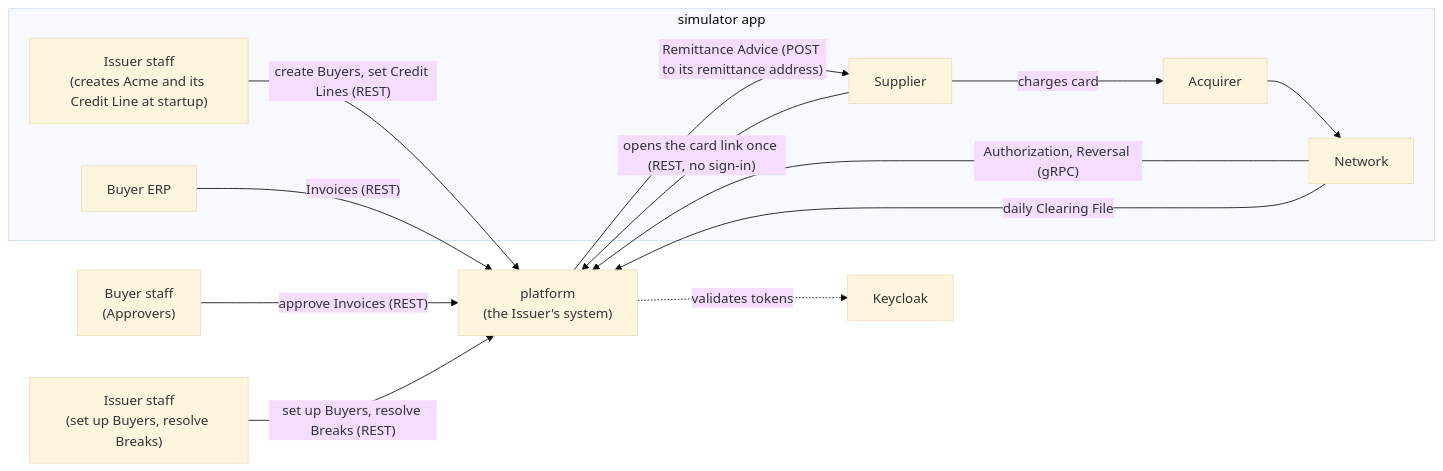
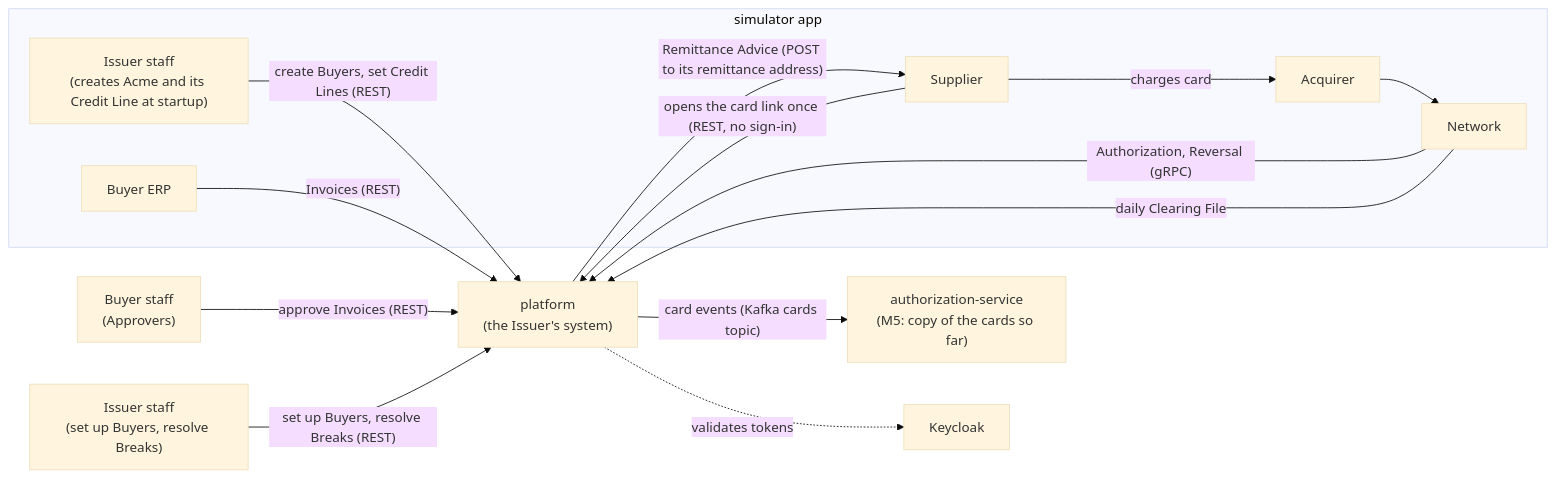
The first of 12 diagrams in docs/architecture.md (rgonzal92/b2b-payments-platform), drawn with Mermaid (base theme) before and after one commit. The commit also changed other lines of this file and 26 other files, not shown here.

First line of the commit message:
feat: authorization-service keeps its own copy of the cards

````diff
--- a/docs/architecture.md
+++ b/docs/architecture.md
@@ -9,26 +9,28 @@
 ```mermaid
 flowchart LR
   buyerStaff["Buyer staff<br/>(Approvers)"]
   issuerStaff["Issuer staff<br/>(set up Buyers, resolve Breaks)"]
   subgraph sim["simulator app"]
     simIssuer["Issuer staff<br/>(creates Acme and its Credit Line at startup)"]
     erp["Buyer ERP"]
     supplier["Supplier"]
     acquirer["Acquirer"]
     network["Network"]
   end
   platform["platform<br/>(the Issuer's system)"]
+  authz["authorization-service<br/>(M5: copy of the cards so far)"]
   keycloak["Keycloak"]
 
   simIssuer -- "create Buyers, set Credit Lines (REST)" --> platform
   erp -- "Invoices (REST)" --> platform
   buyerStaff -- "approve Invoices (REST)" --> platform
   issuerStaff -- "set up Buyers, resolve Breaks (REST)" --> platform
   platform -- "Remittance Advice (POST to its remittance address)" --> supplier
   supplier -- "opens the card link once (REST, no sign-in)" --> platform
   supplier -- "charges card" --> acquirer
   acquirer --> network
   network -- "Authorization, Reversal (gRPC)" --> platform
   network -- "daily Clearing File" --> platform
   platform -. "validates tokens" .-> keycloak
+  platform -- "card events (Kafka cards topic)" --> authz
 ```
````
